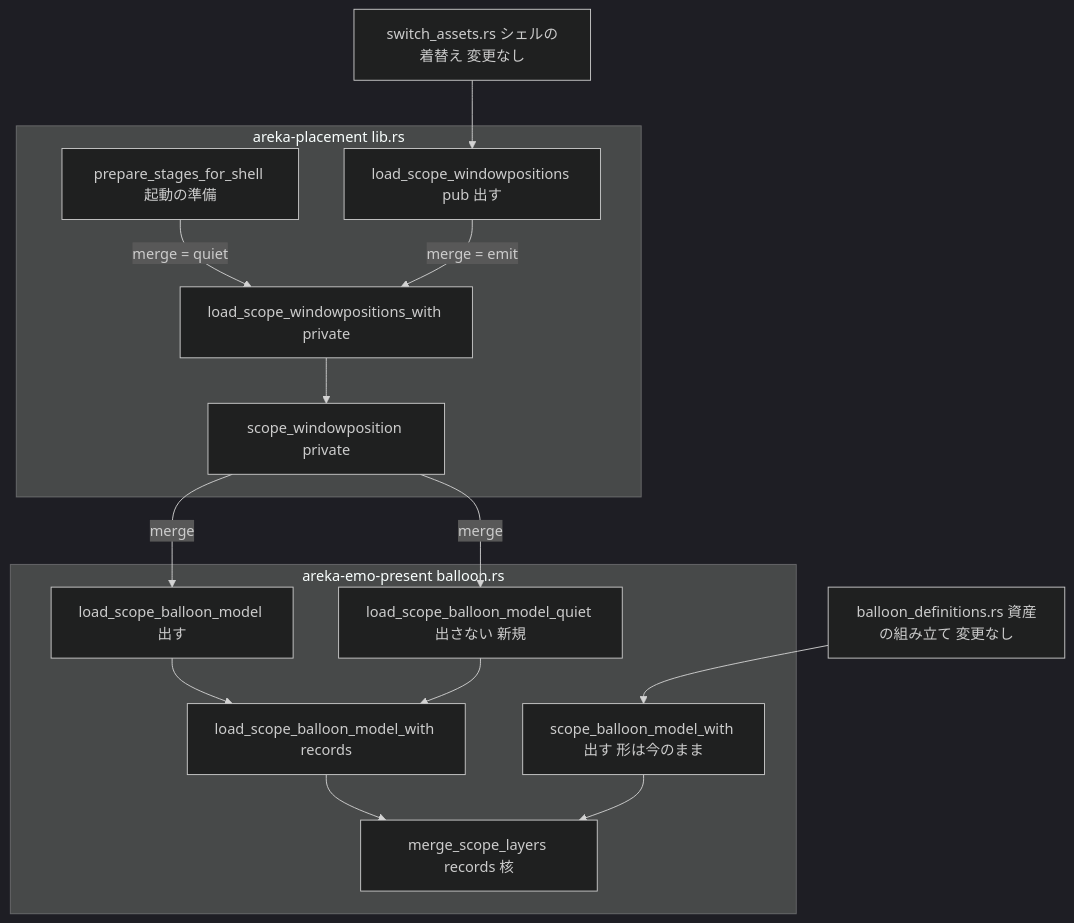
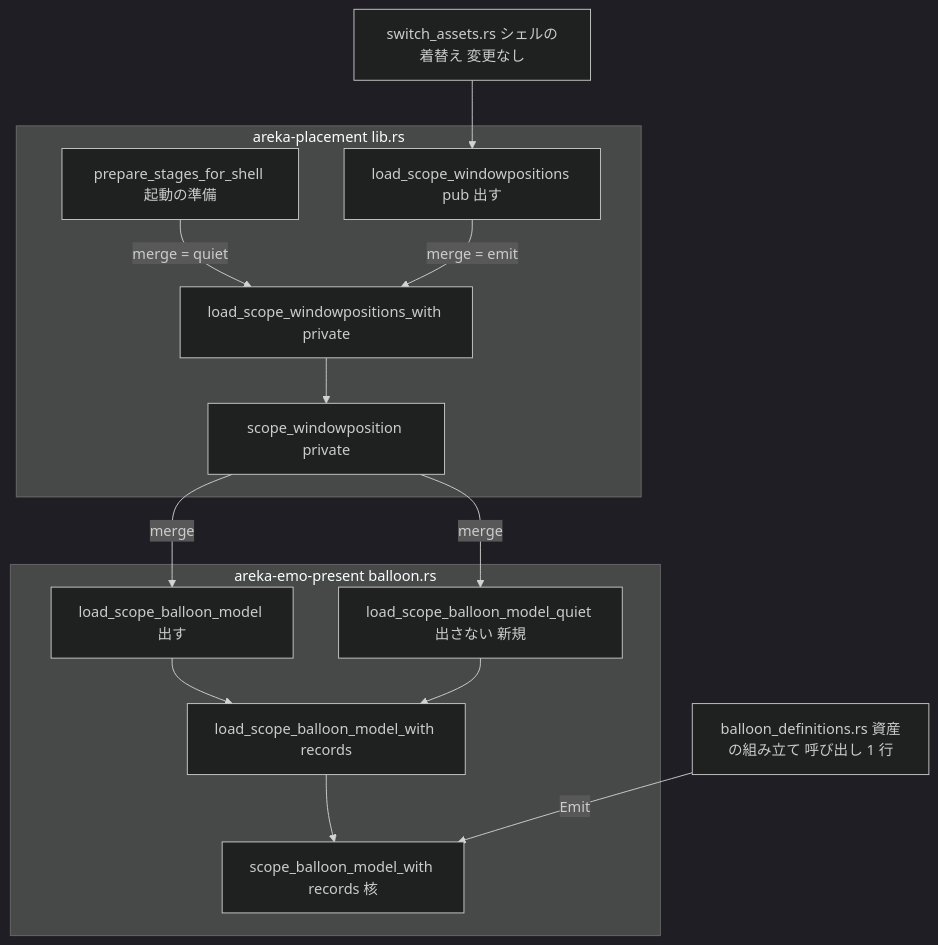
The first of 2 diagrams in .kiro/specs/emo-balloon-merge-log-overlap/design.md (ekicyou/areka), drawn with Mermaid (dark theme) before and after one commit. The commit also changed other lines of this file and 2 other files, not shown here.

Commit message:
docs(emo-balloon-merge-log-overlap): 全設計議題を推奨案で確定

````diff
--- a/.kiro/specs/emo-balloon-merge-log-overlap/design.md
+++ b/.kiro/specs/emo-balloon-merge-log-overlap/design.md
@@ -65,30 +65,28 @@
 ```mermaid
 graph TB
     subgraph Placement[areka-placement lib.rs]
         Prep[prepare_stages_for_shell 起動の準備]
         PubRead[load_scope_windowpositions pub 出す]
         WithRead[load_scope_windowpositions_with private]
         ScopeWp[scope_windowposition private]
     end
     subgraph Present[areka-emo-present balloon.rs]
         Emit[load_scope_balloon_model 出す]
         Quiet[load_scope_balloon_model_quiet 出さない 新規]
         ModelWith[load_scope_balloon_model_with records]
-        CoreEmit[scope_balloon_model_with 出す 形は今のまま]
-        Core[merge_scope_layers records 核]
+        Core[scope_balloon_model_with records 核]
     end
-    Defs[balloon_definitions.rs 資産の組み立て 変更なし]
+    Defs[balloon_definitions.rs 資産の組み立て 呼び出し 1 行]
     Shell[switch_assets.rs シェルの着替え 変更なし]
 
     Prep -->|merge = quiet| WithRead
     Shell --> PubRead
     PubRead -->|merge = emit| WithRead
     WithRead --> ScopeWp
     ScopeWp -->|merge| Emit
     ScopeWp -->|merge| Quiet
     Emit --> ModelWith
     Quiet --> ModelWith
     ModelWith --> Core
-    Defs --> CoreEmit
-    CoreEmit --> Core
+    Defs -->|Emit| Core
 ```
````
